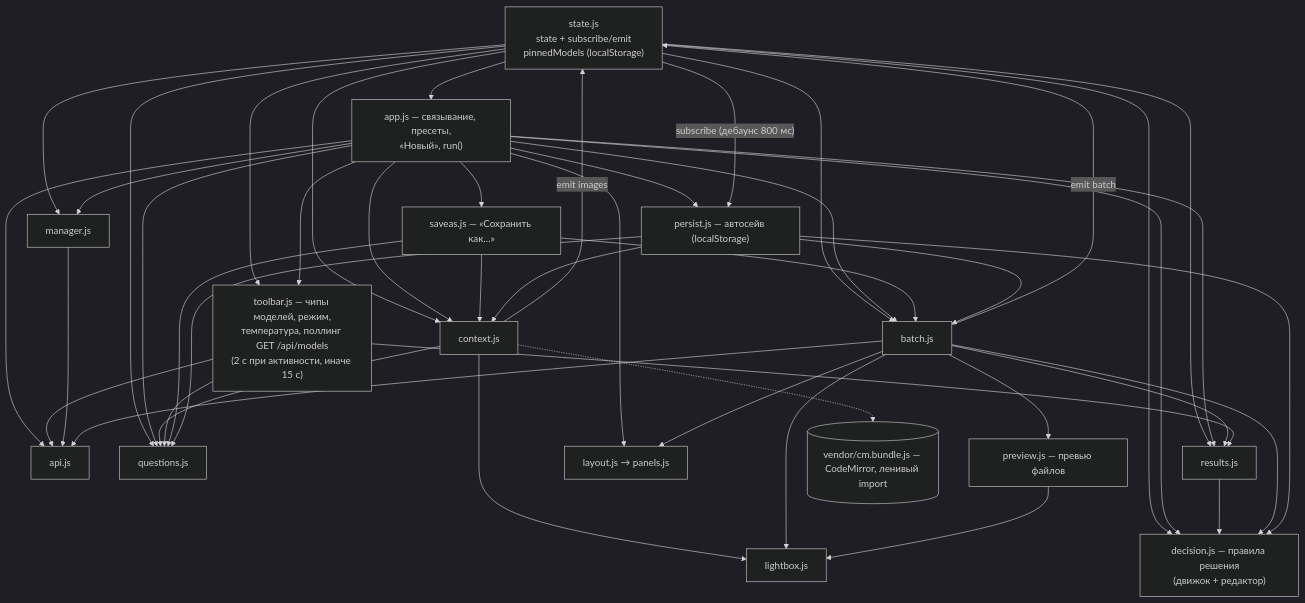
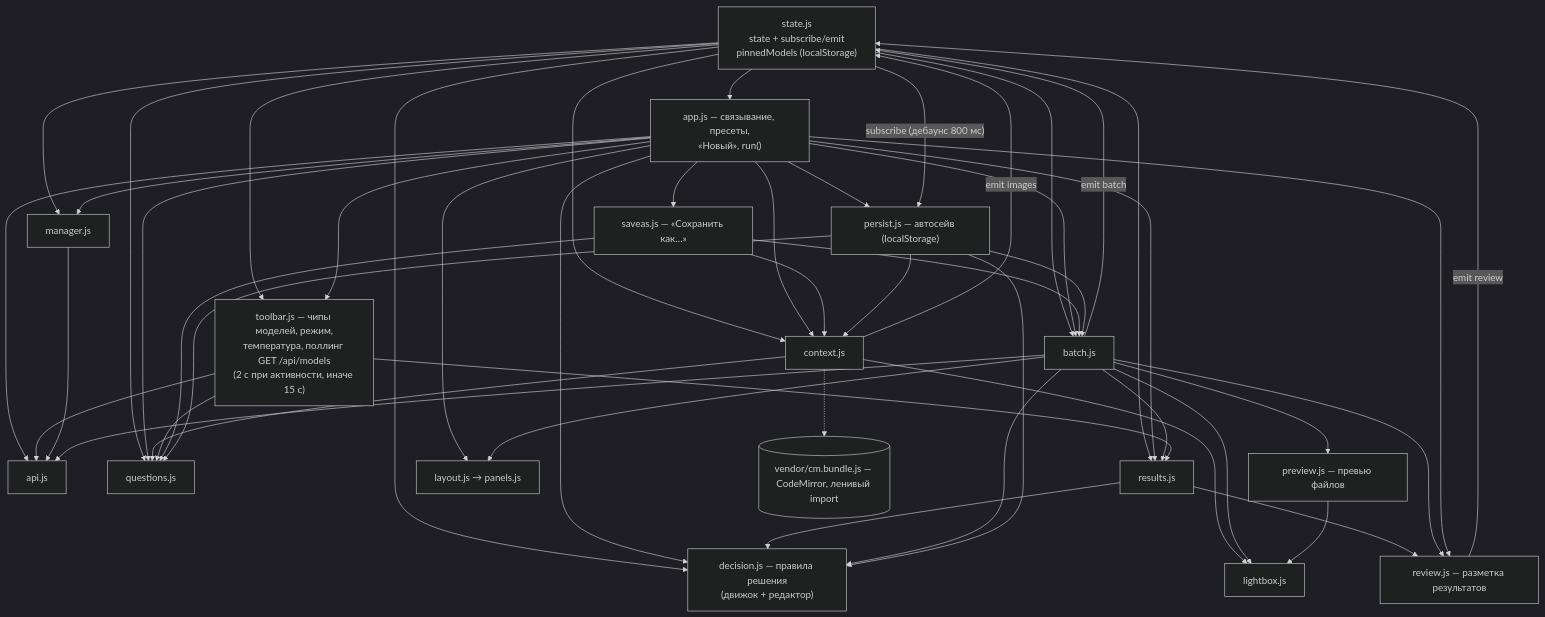
One commit to chkalofff/decision-qa changed the fourth of 5 diagrams in ARCHITECTURE.md. Above: the diagram before and after it, drawn with Mermaid (dark theme). The commit also changed other lines of this file and 27 other files, not shown here.

````diff
--- a/ARCHITECTURE.md
+++ b/ARCHITECTURE.md
@@ -280,64 +281,69 @@
 ```mermaid
 graph TD
     STATE["state.js<br/>state + subscribe/emit<br/>pinnedModels (localStorage)"]
     APIJS[api.js]
     APP["app.js — связывание, пресеты,<br/>«Новый», run()"]
     SAVEAS["saveas.js — «Сохранить как…»"]
     PERSIST["persist.js — автосейв (localStorage)"]
     TB["toolbar.js — чипы моделей, режим,<br/>температура, поллинг GET /api/models<br/>(2 с при активности, иначе 15 с)"]
     QM[questions.js]
     DEC["decision.js — правила решения<br/>(движок + редактор)"]
     CTX[context.js]
     RES[results.js]
+    REV[review.js — разметка результатов]
     BATCH[batch.js]
     MGR[manager.js]
     LAY["layout.js → panels.js"]
     LB[lightbox.js]
     PV[preview.js — превью файлов]
     CM[("vendor/cm.bundle.js — CodeMirror, ленивый import")]
 
     STATE --> APP
     STATE --> TB
     STATE --> QM
     STATE --> DEC
     STATE --> CTX
     STATE --> RES
     STATE --> BATCH
     STATE --> MGR
     APP --> APIJS
     TB --> APIJS
     MGR --> APIJS
     BATCH --> APIJS
     APP --> QM
     APP --> DEC
     APP --> CTX
     APP --> RES
     APP --> BATCH
     APP --> TB
     APP --> LAY
     APP --> MGR
     CTX --> QM
     CTX --> LB
     CTX -.-> CM
     RES --> DEC
+    RES --> REV
     BATCH --> RES
     BATCH --> DEC
     BATCH --> LAY
     BATCH --> LB
     BATCH --> PV
+    BATCH --> REV
+    APP --> REV
+    REV -->|"emit review"| STATE
     PV --> LB
     TB --> QM
     TB --> RES
     CTX -->|"emit images"| STATE
     BATCH -->|"emit batch"| STATE
     APP --> SAVEAS
     APP --> PERSIST
     SAVEAS --> CTX
     SAVEAS --> QM
     SAVEAS --> BATCH
     PERSIST --> CTX
     PERSIST --> QM
     PERSIST --> DEC
     PERSIST --> BATCH
     STATE -->|"subscribe (дебаунс 800 мс)"| PERSIST
 ```
````
